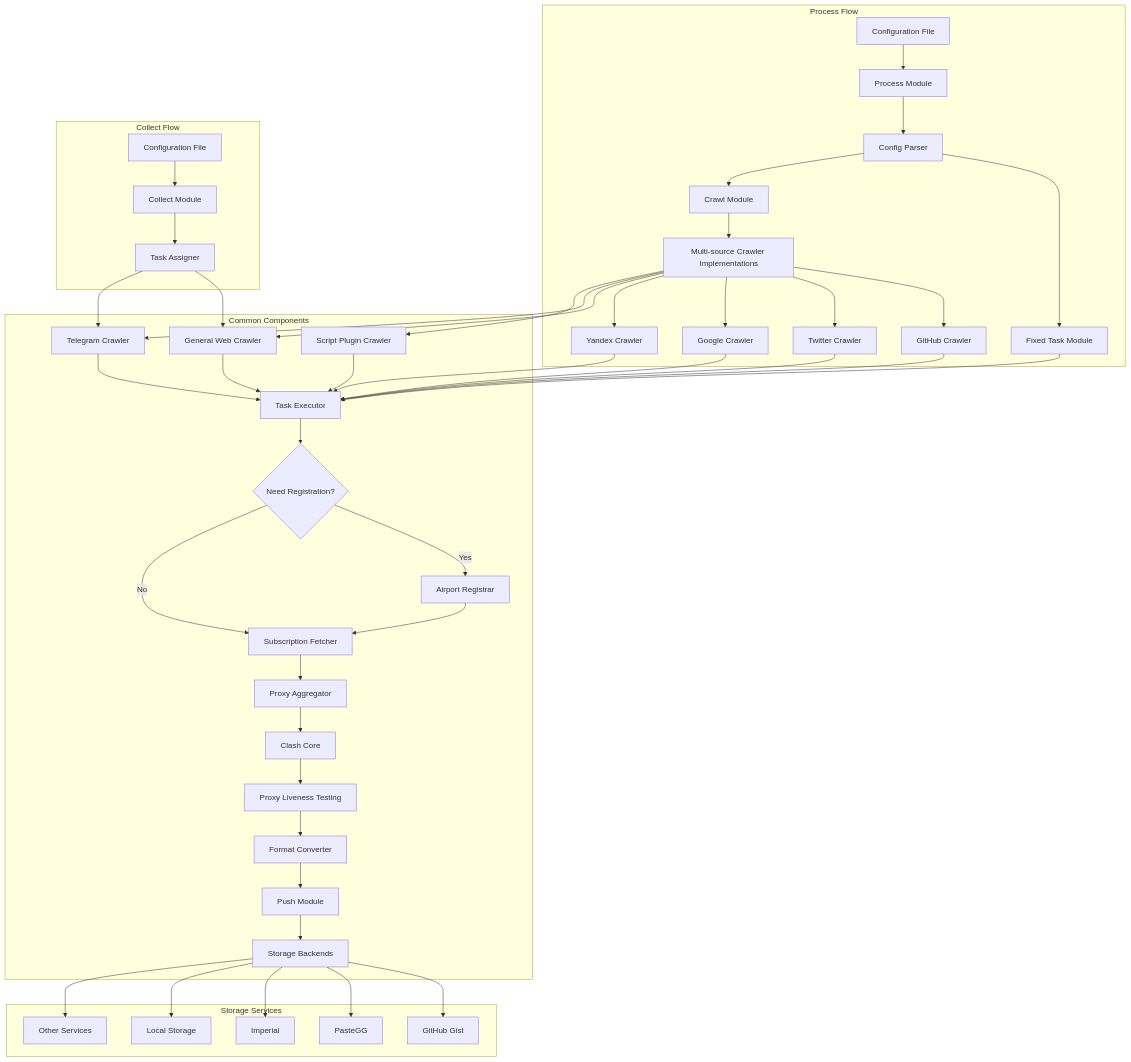
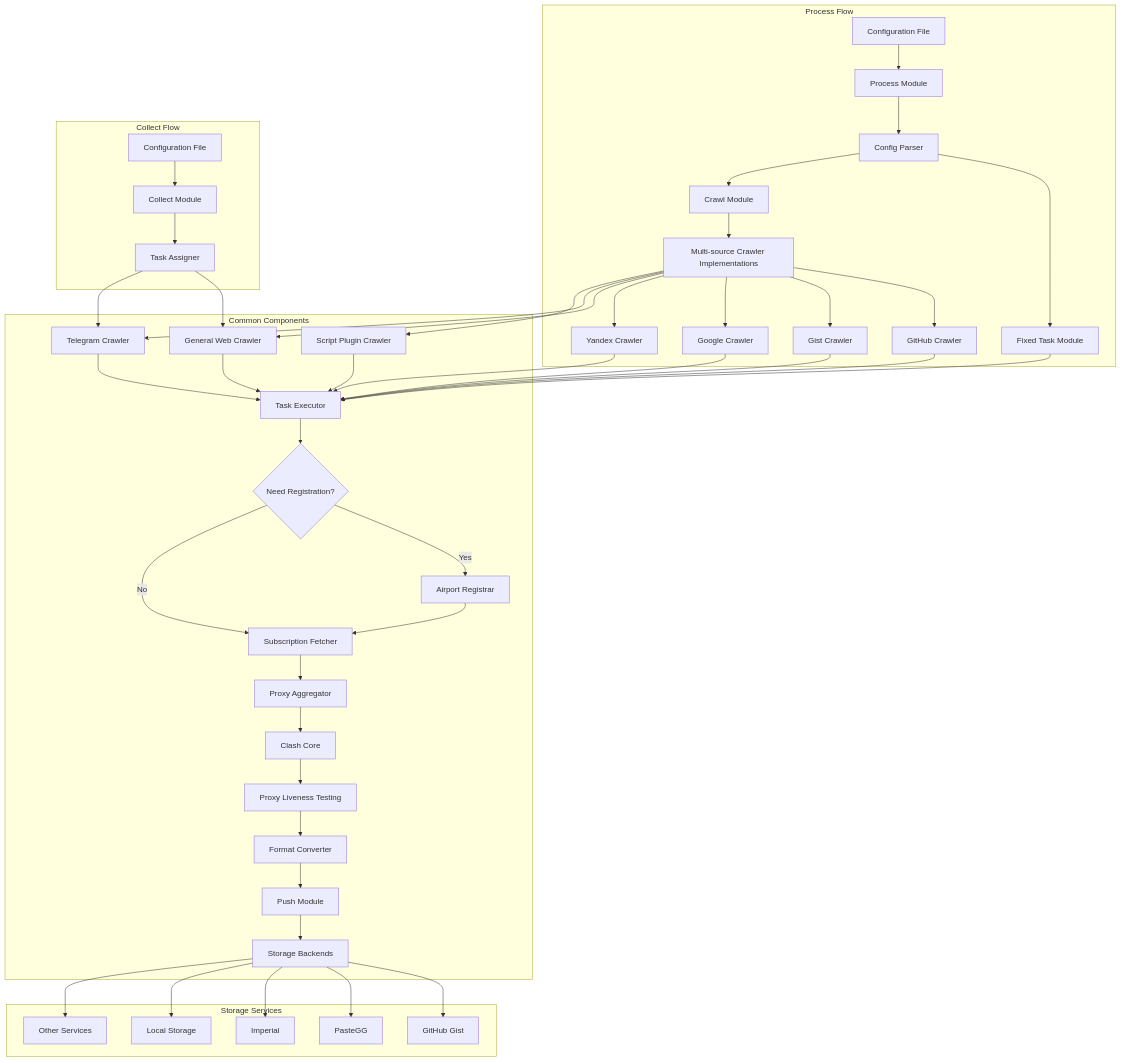
Before and after one commit to AstBt/aggregator-web: the first of 6 diagrams in README_EN.md, drawn with Mermaid. The commit also changed other lines of this file and 3 other files, not shown here.

````diff
--- a/README_EN.md
+++ b/README_EN.md
@@ -16,78 +31,155 @@
 ```mermaid
+
 graph TB
+
     subgraph "Process Flow"
+
         A[Configuration File] --> B[Process Module]
+
         B --> D[Config Parser]
+
         D --> D1[Fixed Task Module]
+
         D --> F[Crawl Module]
+
         F --> G[Multi-source Crawler Implementations]
+
         G --> I[GitHub Crawler]
-        G --> L[Twitter Crawler]
+
+        G --> L[Gist Crawler]
+
         G --> J[Google Crawler]
+
         G --> K[Yandex Crawler]
+
     end
 
+
+
     subgraph "Common Components"
+
         M[General Web Crawler]
+
         H[Telegram Crawler]
+
         N[Script Plugin Crawler]
+
         O[Airport Registrar]
+
         P[Task Executor]
+
         Q{Need Registration?}
+
         R[Subscription Fetcher]
+
         S[Proxy Aggregator]
+
         T[Clash Core]
+
         U[Proxy Liveness Testing]
+
         V[Format Converter]
+
         W[Push Module]
+
         X[Storage Backends]
+
     end
 
+
+
     subgraph "Collect Flow"
+
         A2[Configuration File] --> C[Collect Module]
+
         C --> E[Task Assigner]
+
     end
 
+
+
     subgraph "Storage Services"
+
         Y[GitHub Gist]
+
         Z[PasteGG]
+
         AA[Imperial]
+
         BB[Local Storage]
+
         CC[Other Services]
+
     end
 
+
+
     %% Define connections
+
     G --> M
+
     G --> H
+
     G --> N
 
+
+
     E --> M
+
     E --> H
 
+
+
     D1 --> P
+
     M --> P
+
     H --> P
+
     I --> P
+
     L --> P
+
     J --> P
+
     K --> P
+
     N --> P
 
+
+
     P --> Q
+
     Q -->|Yes| O
+
     Q -->|No| R
+
     O --> R
 
+
+
     R --> S
+
     S --> T
+
     T --> U
+
     U --> V
+
     V --> W
+
     W --> X
 
+
+
     X --> Y
+
     X --> Z
+
     X --> AA
+
     X --> BB
+
     X --> CC
+
 ```
````
